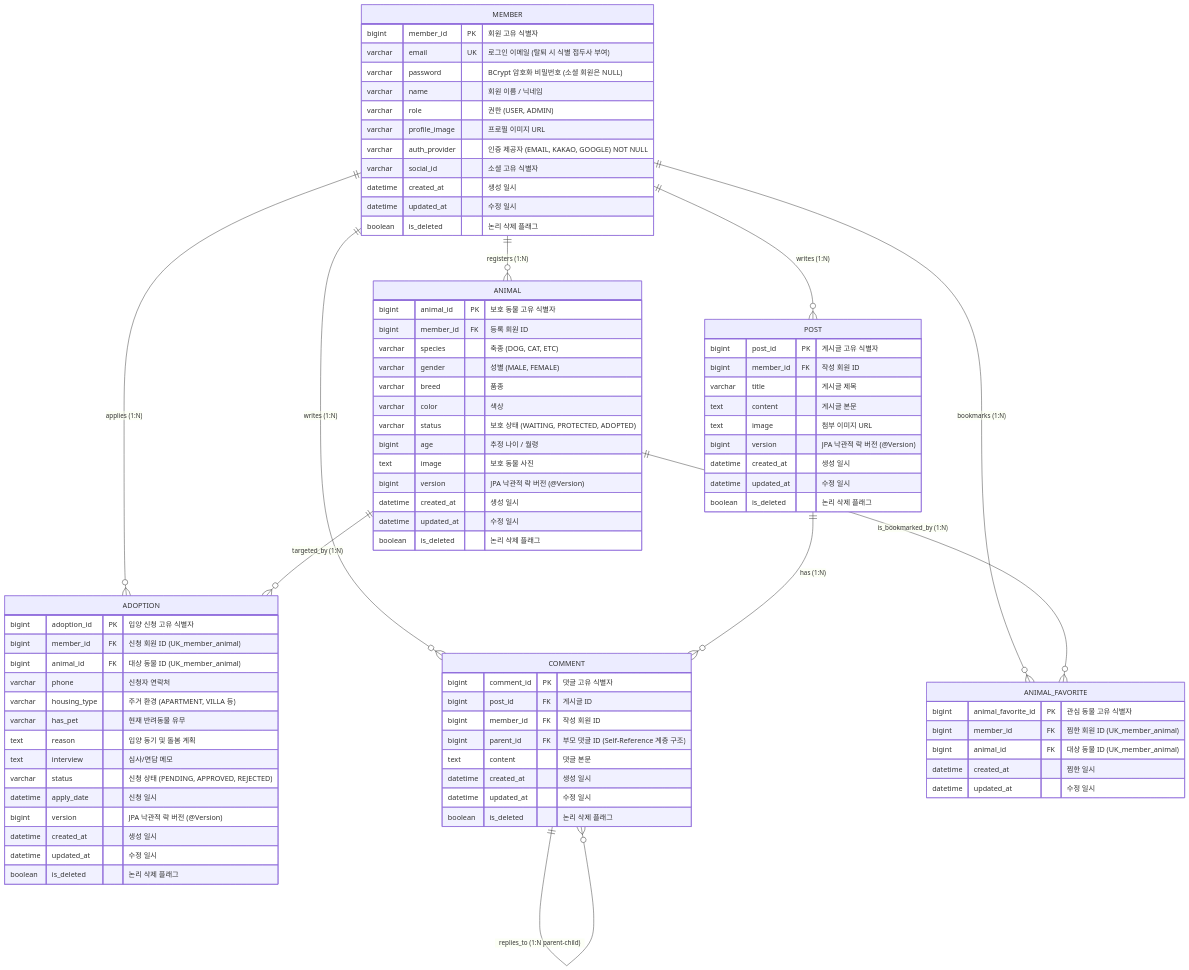
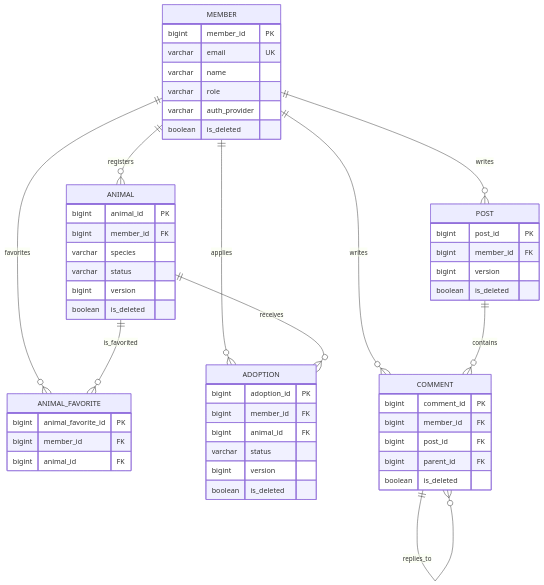
Before and after one commit to cookiboii/paw-mate-frontend: the diagram in api.md, drawn with Mermaid. The commit also changed other lines of this file and 4 other files, not shown here.

````diff
--- a/api.md
+++ b/api.md
@@ -415,90 +360,55 @@
 ```mermaid
 erDiagram
-    MEMBER ||--o{ ANIMAL : "registers (1:N)"
-    MEMBER ||--o{ POST : "writes (1:N)"
-    MEMBER ||--o{ ADOPTION : "applies (1:N)"
-    MEMBER ||--o{ COMMENT : "writes (1:N)"
-    MEMBER ||--o{ ANIMAL_FAVORITE : "bookmarks (1:N)"
-    ANIMAL ||--o{ ADOPTION : "targeted_by (1:N)"
-    ANIMAL ||--o{ ANIMAL_FAVORITE : "is_bookmarked_by (1:N)"
-    POST ||--o{ COMMENT : "has (1:N)"
-    COMMENT ||--o{ COMMENT : "replies_to (1:N parent-child)"
-
-    ANIMAL_FAVORITE {
-        bigint animal_favorite_id PK "관심 동물 고유 식별자"
-        bigint member_id FK "찜한 회원 ID (UK_member_animal)"
-        bigint animal_id FK "대상 동물 ID (UK_member_animal)"
-        datetime created_at "찜한 일시"
-        datetime updated_at "수정 일시"
-    }
+    MEMBER ||--o{ ANIMAL : registers
+    MEMBER ||--o{ ANIMAL_FAVORITE : favorites
+    MEMBER ||--o{ ADOPTION : applies
+    MEMBER ||--o{ POST : writes
+    MEMBER ||--o{ COMMENT : writes
+    ANIMAL ||--o{ ANIMAL_FAVORITE : is_favorited
+    ANIMAL ||--o{ ADOPTION : receives
+    POST ||--o{ COMMENT : contains
+    COMMENT ||--o{ COMMENT : replies_to
 
     MEMBER {
-        bigint member_id PK "회원 고유 식별자"
-        varchar email UK "로그인 이메일 (탈퇴 시 식별 접두사 부여)"
-        varchar password "BCrypt 암호화 비밀번호 (소셜 회원은 NULL)"
-        varchar name "회원 이름 / 닉네임"
-        varchar role "권한 (USER, ADMIN)"
-        varchar profile_image "프로필 이미지 URL"
-        varchar auth_provider "인증 제공자 (EMAIL, KAKAO, GOOGLE) NOT NULL"
-        varchar social_id "소셜 고유 식별자"
-        datetime created_at "생성 일시"
-        datetime updated_at "수정 일시"
-        boolean is_deleted "논리 삭제 플래그"
+        bigint member_id PK
+        varchar email UK
+        varchar name
+        varchar role
+        varchar auth_provider
+        boolean is_deleted
     }
-
     ANIMAL {
-        bigint animal_id PK "보호 동물 고유 식별자"
-        bigint member_id FK "등록 회원 ID"
-        varchar species "축종 (DOG, CAT, ETC)"
-        varchar gender "성별 (MALE, FEMALE)"
-        varchar breed "품종"
-        varchar color "색상"
-        varchar status "보호 상태 (WAITING, PROTECTED, ADOPTED)"
-        bigint age "추정 나이 / 월령"
-        text image "보호 동물 사진"
-        bigint version "JPA 낙관적 락 버전 (@Version)"
-        datetime created_at "생성 일시"
-        datetime updated_at "수정 일시"
-        boolean is_deleted "논리 삭제 플래그"
+        bigint animal_id PK
+        bigint member_id FK
+        varchar species
+        varchar status
+        bigint version
+        boolean is_deleted
     }
-
     ADOPTION {
-        bigint adoption_id PK "입양 신청 고유 식별자"
-        bigint member_id FK "신청 회원 ID (UK_member_animal)"
-        bigint animal_id FK "대상 동물 ID (UK_member_animal)"
-        varchar phone "신청자 연락처"
-        varchar housing_type "주거 환경 (APARTMENT, VILLA 등)"
-        varchar has_pet "현재 반려동물 유무"
-        text reason "입양 동기 및 돌봄 계획"
-        text interview "심사/면담 메모"
-        varchar status "신청 상태 (PENDING, APPROVED, REJECTED)"
-        datetime apply_date "신청 일시"
-        bigint version "JPA 낙관적 락 버전 (@Version)"
-        datetime created_at "생성 일시"
-        datetime updated_at "수정 일시"
-        boolean is_deleted "논리 삭제 플래그"
+        bigint adoption_id PK
+        bigint member_id FK
+        bigint animal_id FK
+        varchar status
+        bigint version
+        boolean is_deleted
     }
-
+    ANIMAL_FAVORITE {
+        bigint animal_favorite_id PK
+        bigint member_id FK
+        bigint animal_id FK
+    }
     POST {
-        bigint post_id PK "게시글 고유 식별자"
-        bigint member_id FK "작성 회원 ID"
-        varchar title "게시글 제목"
-        text content "게시글 본문"
-        text image "첨부 이미지 URL"
-        bigint version "JPA 낙관적 락 버전 (@Version)"
-        datetime created_at "생성 일시"
-        datetime updated_at "수정 일시"
-        boolean is_deleted "논리 삭제 플래그"
+        bigint post_id PK
+        bigint member_id FK
+        bigint version
+        boolean is_deleted
     }
-
     COMMENT {
-        bigint comment_id PK "댓글 고유 식별자"
-        bigint post_id FK "게시글 ID"
-        bigint member_id FK "작성 회원 ID"
-        bigint parent_id FK "부모 댓글 ID (Self-Reference 계층 구조)"
-        text content "댓글 본문"
-        datetime created_at "생성 일시"
-        datetime updated_at "수정 일시"
-        boolean is_deleted "논리 삭제 플래그"
+        bigint comment_id PK
+        bigint member_id FK
+        bigint post_id FK
+        bigint parent_id FK
+        boolean is_deleted
     }
 ```
````
